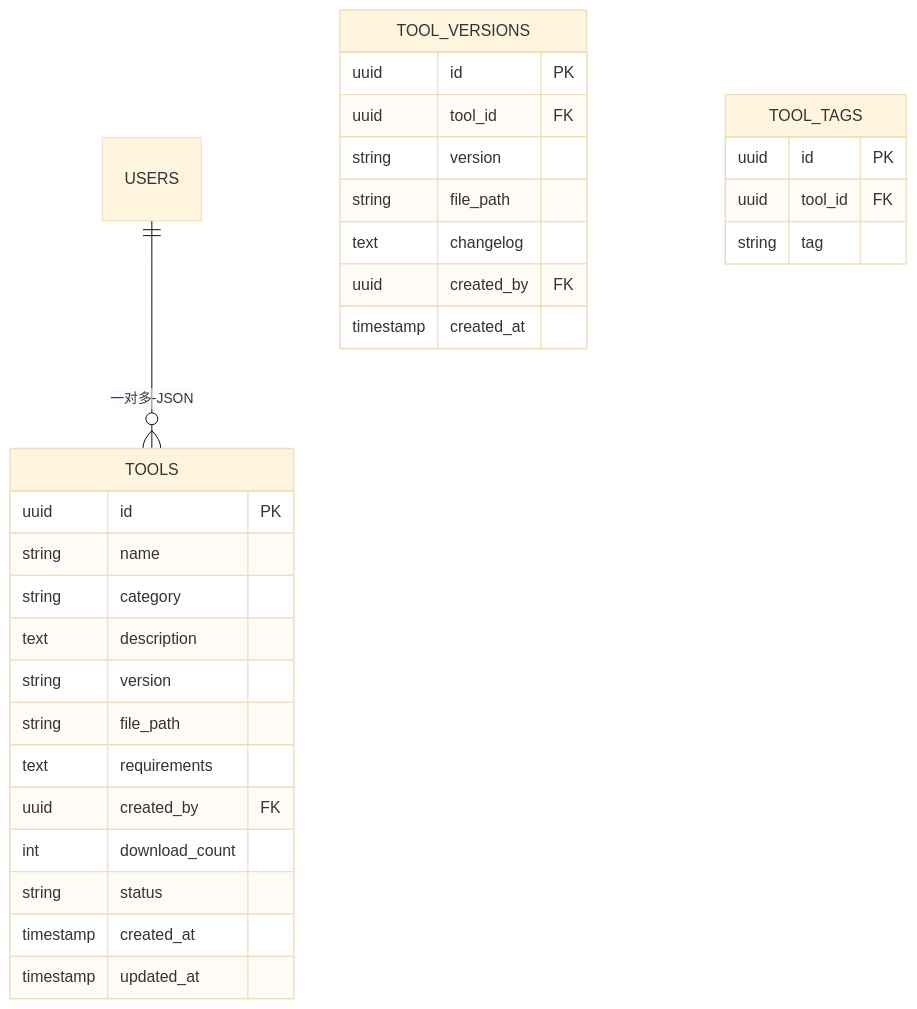
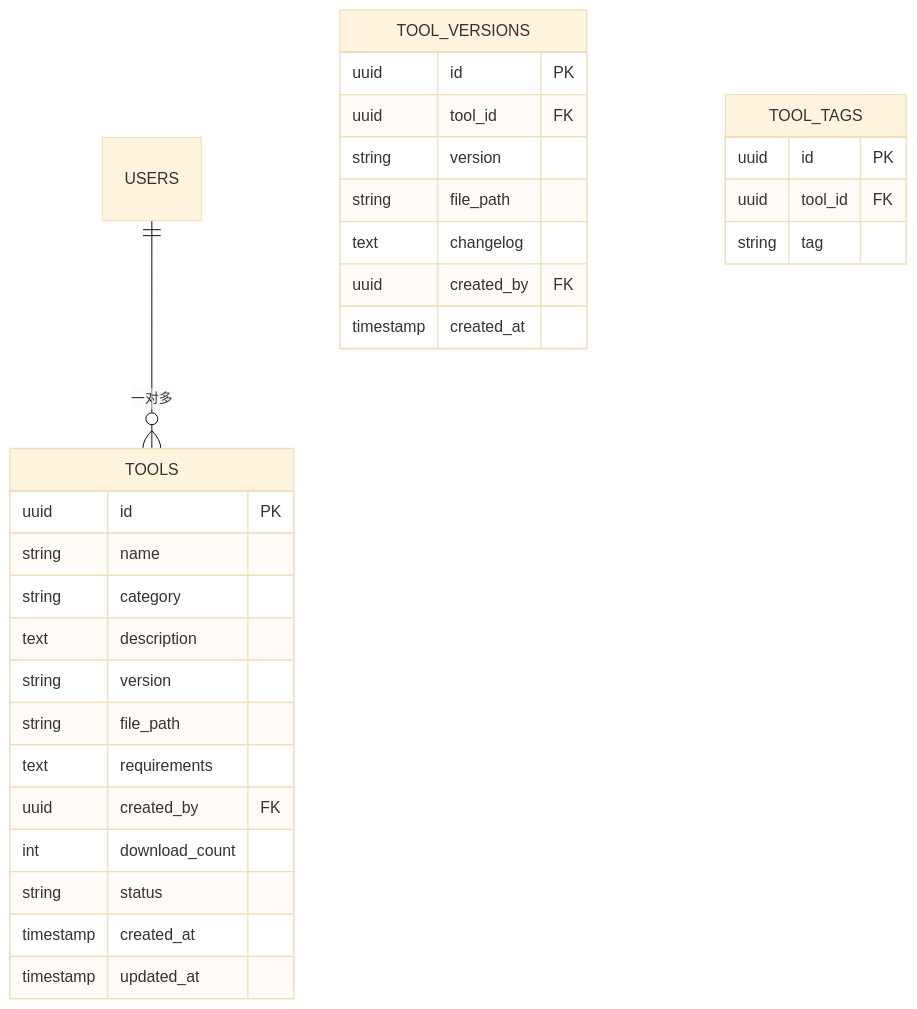
The fifth of 12 diagrams in docs/design/er_diagram.md (dayutech/Vuln-Audit-Lifecycle-Management), drawn with Mermaid (base theme) before and after one commit. The commit also changed other lines of this file and 11 other files, not shown here.

````diff
--- a/docs/design/er_diagram.md
+++ b/docs/design/er_diagram.md
@@ -361,35 +360,35 @@
 ```mermaid
 erDiagram
-    USERS ||--o{ TOOLS : "一对多-JSON"
+    USERS ||--o{ TOOLS : "一对多"
     
     TOOLS {
         uuid id PK
         string name
         string category
         text description
         string version
         string file_path
         text requirements
         uuid created_by FK
         int download_count
         string status
         timestamp created_at
         timestamp updated_at
     }
     
     TOOL_VERSIONS {
         uuid id PK
         uuid tool_id FK
         string version
         string file_path
         text changelog
         uuid created_by FK
         timestamp created_at
     }
     
     TOOL_TAGS {
         uuid id PK
         uuid tool_id FK
         string tag
     }
 ```
````
